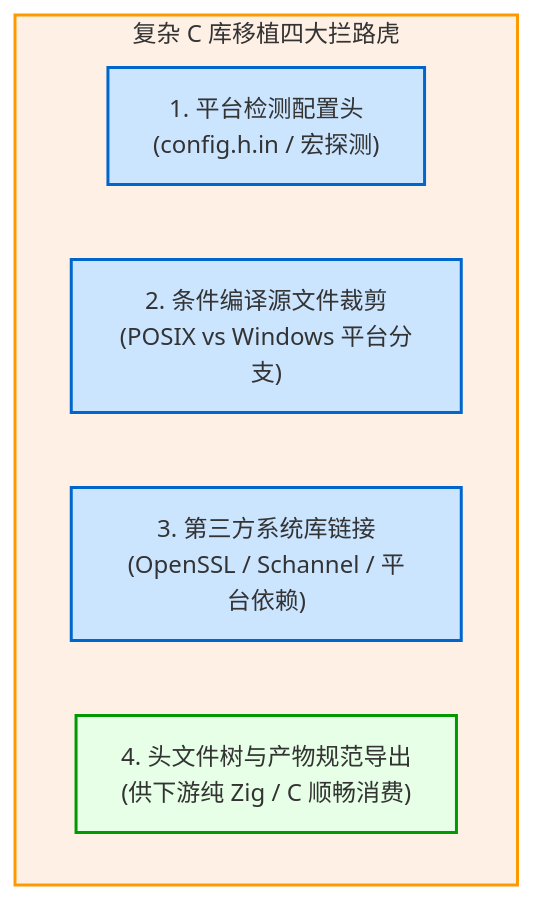
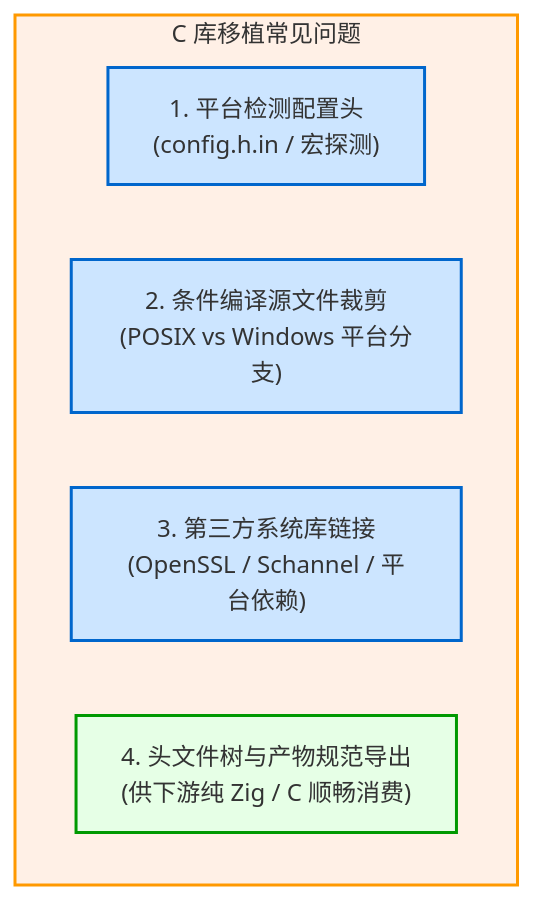
The diagram in src/part5/practice-porting-c-library.md (jiacai2050/zig-build), drawn with Mermaid before and after one commit. The commit also changed other lines of this file and 23 other files, not shown here.

````diff
--- a/src/part5/practice-porting-c-library.md
+++ b/src/part5/practice-porting-c-library.md
@@ -13,16 +13,16 @@
 ```mermaid
 graph TD
-    subgraph S_Challenge ["复杂 C 库移植四大拦路虎"]
+    subgraph S_Challenge ["C 库移植常见问题"]
         C_Cfg["1. 平台检测配置头<br/>(config.h.in / 宏探测)"]
         C_Src["2. 条件编译源文件裁剪<br/>(POSIX vs Windows 平台分支)"]
         C_Tls["3. 第三方系统库链接<br/>(OpenSSL / Schannel / 平台依赖)"]
         C_Exp["4. 头文件树与产物规范导出<br/>(供下游纯 Zig / C 顺畅消费)"]
     end
 
     classDef default fill:#f8f9fa,stroke:#495057;
     style S_Challenge fill:#fff0e6,stroke:#ff9900,stroke-width:2px;
     style C_Cfg fill:#cce5ff,stroke:#0066cc,stroke-width:2px;
     style C_Src fill:#cce5ff,stroke:#0066cc,stroke-width:2px;
     style C_Tls fill:#cce5ff,stroke:#0066cc,stroke-width:2px;
     style C_Exp fill:#e6ffe6,stroke:#009900,stroke-width:2px;
 ```
````
